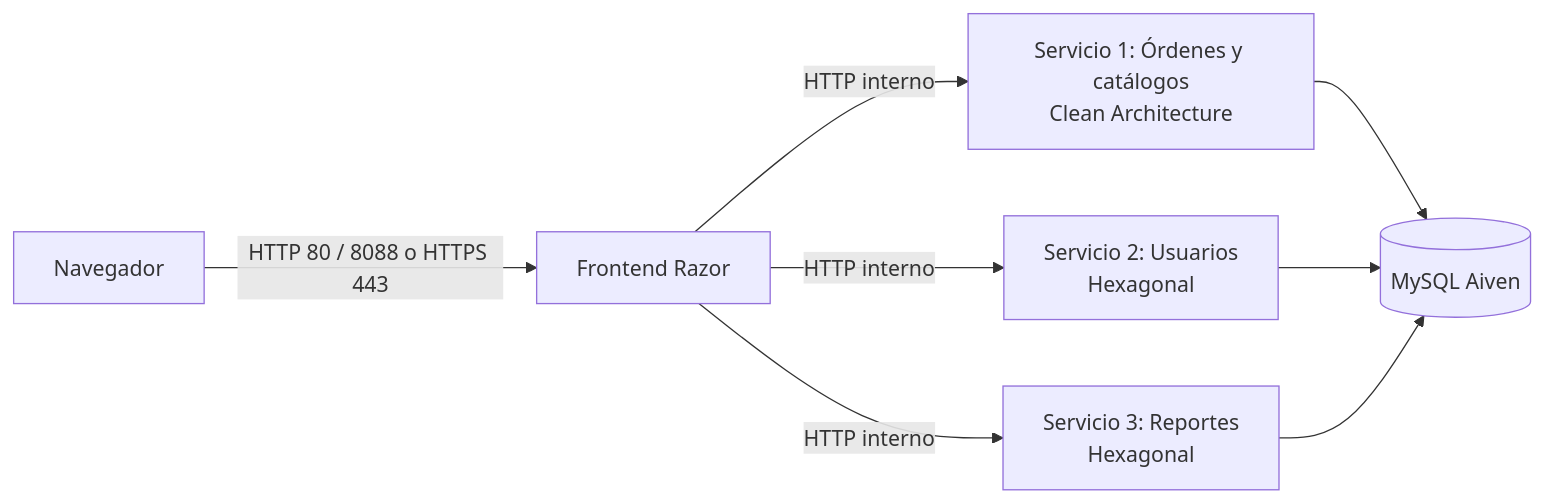
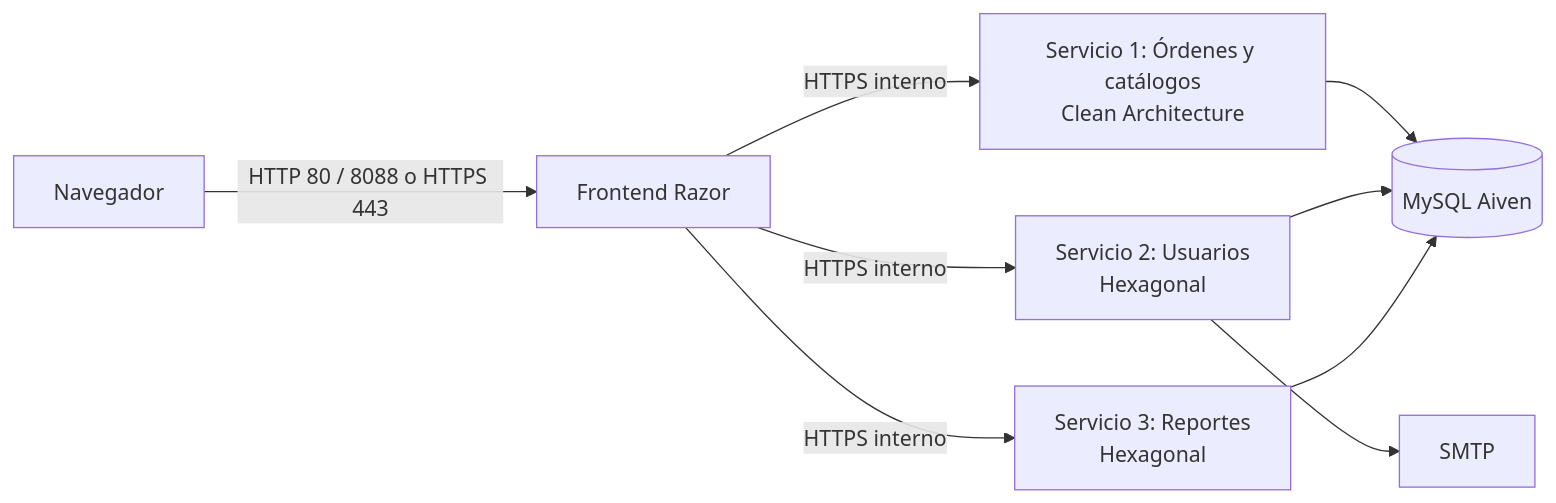
The diagram in docs/SBA.md (ArielFlowers/TallerMecanico), drawn with Mermaid before and after one commit. The commit also changed other lines of this file and 11 other files, not shown here.

````diff
--- a/docs/SBA.md
+++ b/docs/SBA.md
@@ -8,10 +7,11 @@
 ```mermaid
 flowchart LR
     N[Navegador] -->|HTTP 80 / 8088 o HTTPS 443| F[Frontend Razor]
-    F -->|HTTP interno| O[Servicio 1: Órdenes y catálogos\nClean Architecture]
-    F -->|HTTP interno| U[Servicio 2: Usuarios\nHexagonal]
-    F -->|HTTP interno| R[Servicio 3: Reportes\nHexagonal]
+    F -->|HTTPS interno| O[Servicio 1: Órdenes y catálogos\nClean Architecture]
+    F -->|HTTPS interno| U[Servicio 2: Usuarios\nHexagonal]
+    F -->|HTTPS interno| R[Servicio 3: Reportes\nHexagonal]
     O --> DB[(MySQL Aiven)]
     U --> DB
     R --> DB
+    U --> C[SMTP]
 ```
````
